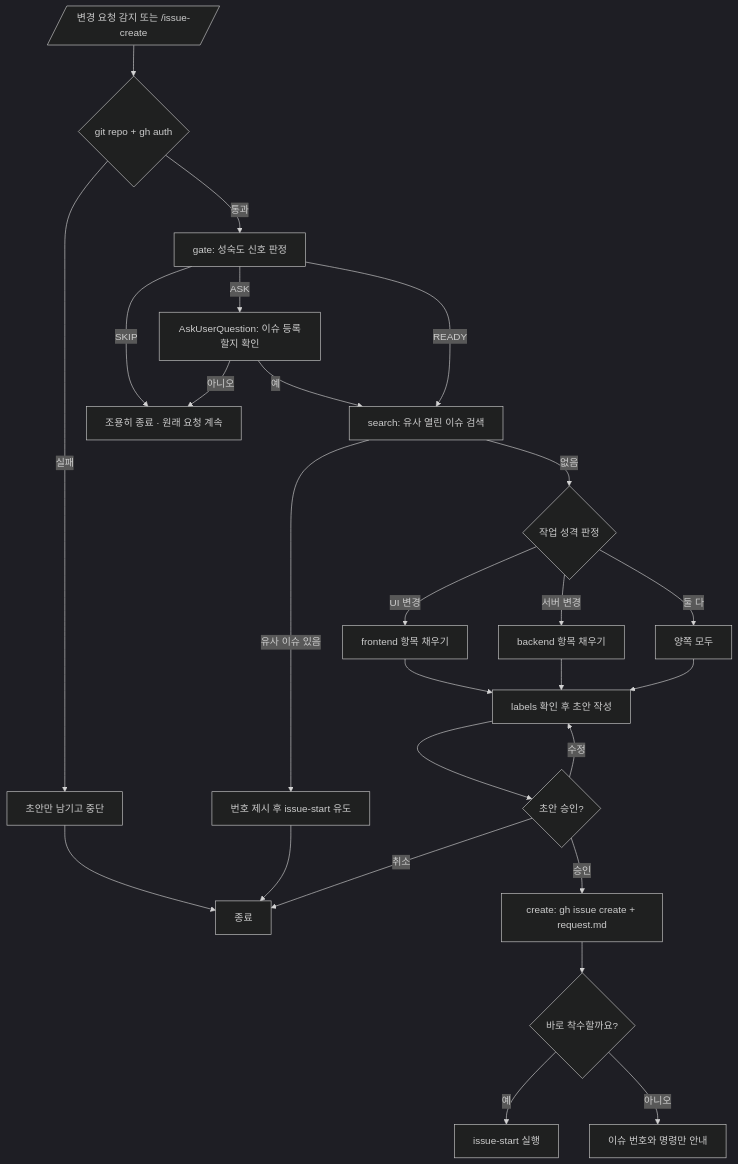
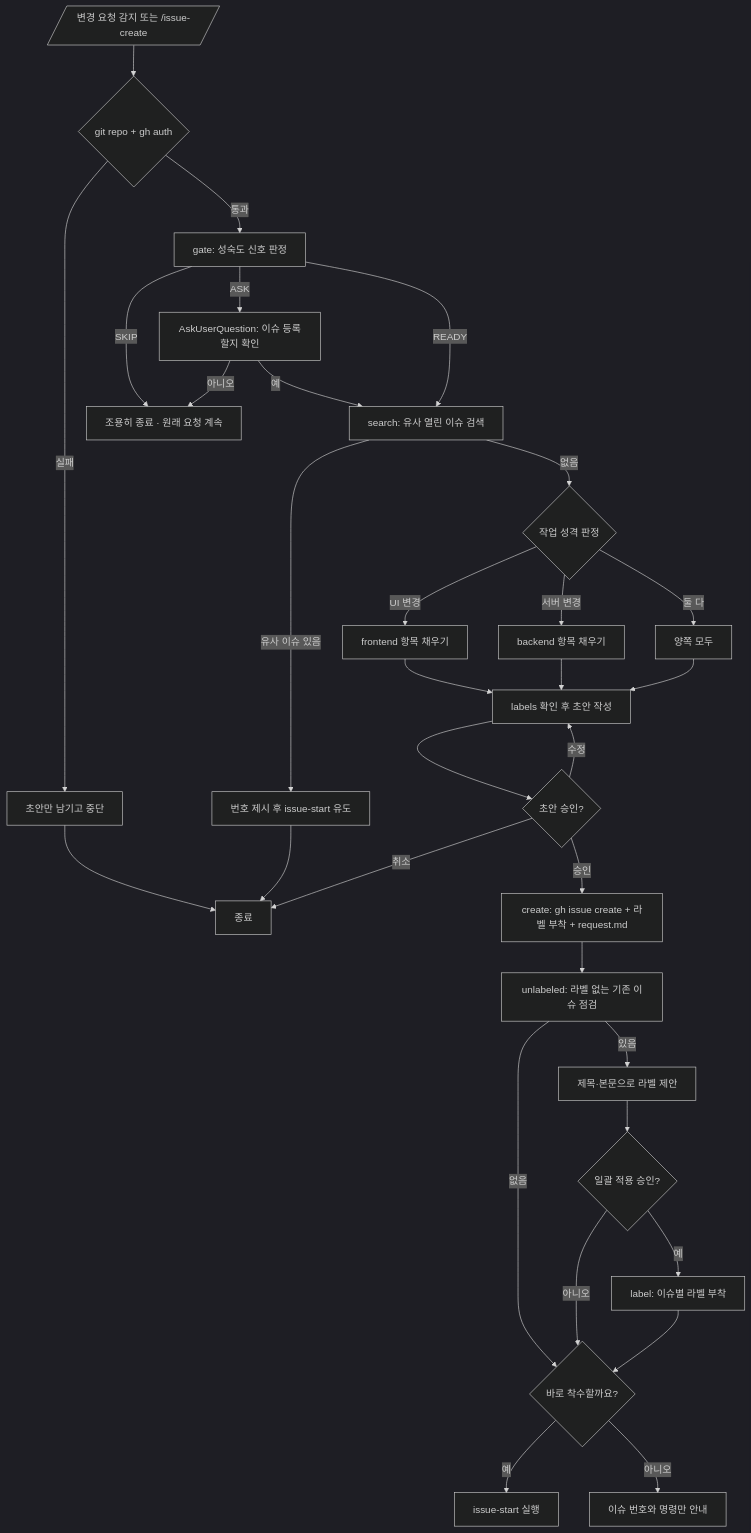
The diagram in .codex/skills/issue-create/SKILL.md (Mineru98/skills-store), drawn with Mermaid (dark theme) before and after one commit. The commit also changed other lines of this file and 10 other files, not shown here.

First line of the commit message:
feat(issue-create): 라벨 부착과 기존 이슈 라벨 점검 추가

````diff
--- a/.codex/skills/issue-create/SKILL.md
+++ b/.codex/skills/issue-create/SKILL.md
@@ -48,32 +51,39 @@
 ```mermaid
 flowchart TD
     A[/"변경 요청 감지 또는 /issue-create"/] --> B{git repo + gh auth}
     B -- 실패 --> B1[초안만 남기고 중단] --> Z0[종료]
     B -- 통과 --> C[gate: 성숙도 신호 판정]
 
     C -->|SKIP| Z1[조용히 종료 · 원래 요청 계속]
     C -->|ASK| C1[AskUserQuestion: 이슈 등록할지 확인]
     C1 -- 아니오 --> Z1
     C1 -- 예 --> D
     C -->|READY| D[search: 유사 열린 이슈 검색]
 
     D -- 유사 이슈 있음 --> D1[번호 제시 후 issue-start 유도] --> Z0
     D -- 없음 --> E{작업 성격 판정}
 
     E -->|UI 변경| F1[frontend 항목 채우기]
     E -->|서버 변경| F2[backend 항목 채우기]
     E -->|둘 다| F3[양쪽 모두]
 
     F1 --> G[labels 확인 후 초안 작성]
     F2 --> G
     F3 --> G
 
     G --> H{초안 승인?}
     H -- 수정 --> G
     H -- 취소 --> Z0
-    H -- 승인 --> I[create: gh issue create + request.md]
+    H -- 승인 --> I[create: gh issue create + 라벨 부착 + request.md]
 
-    I --> J{바로 착수할까요?}
+    I --> M[unlabeled: 라벨 없는 기존 이슈 점검]
+    M -- 없음 --> J
+    M -- 있음 --> M1[제목·본문으로 라벨 제안]
+    M1 --> M2{일괄 적용 승인?}
+    M2 -- 아니오 --> J
+    M2 -- 예 --> M3[label: 이슈별 라벨 부착] --> J
+
+    J{바로 착수할까요?}
     J -- 예 --> K[issue-start 실행]
     J -- 아니오 --> L[이슈 번호와 명령만 안내]
 ```
````
